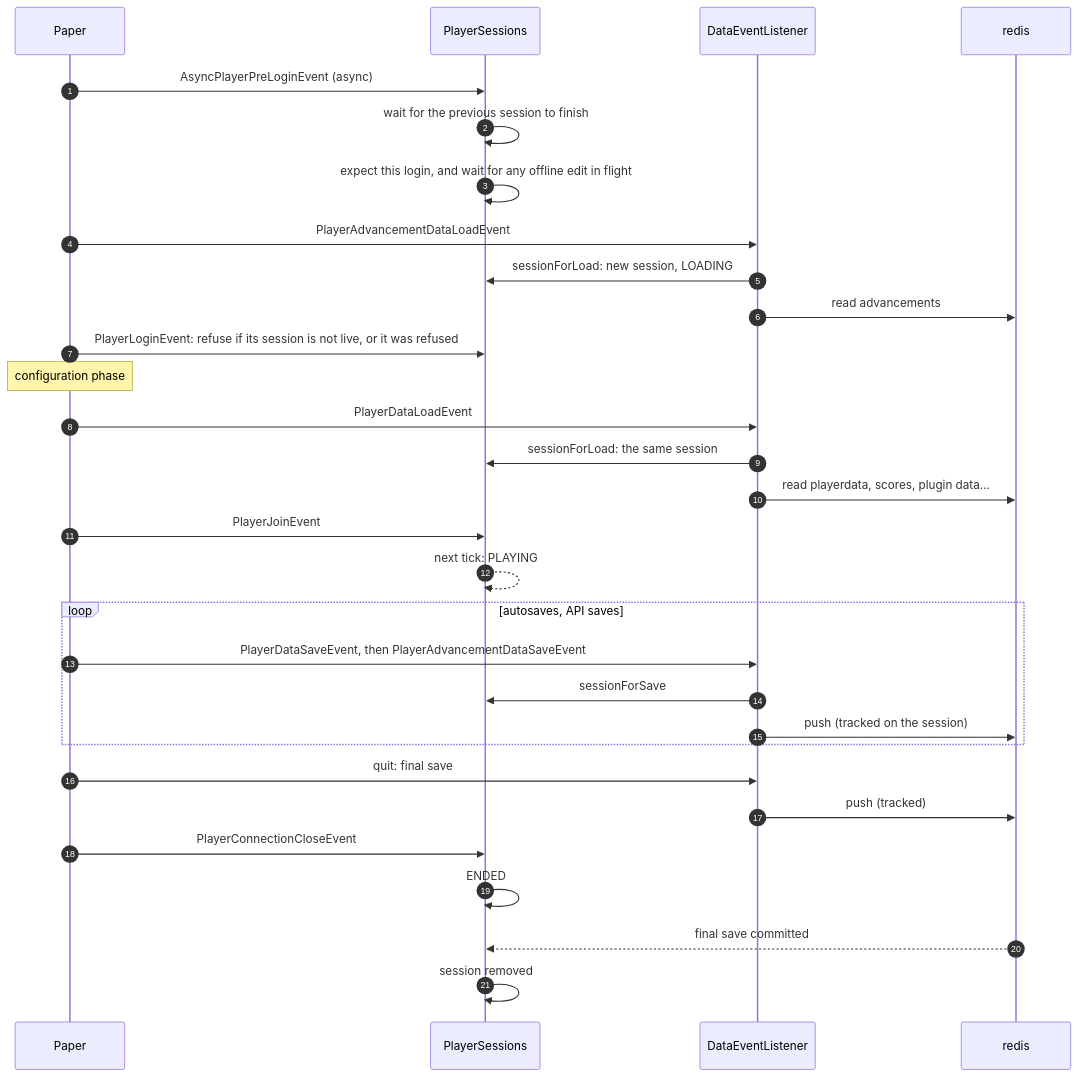
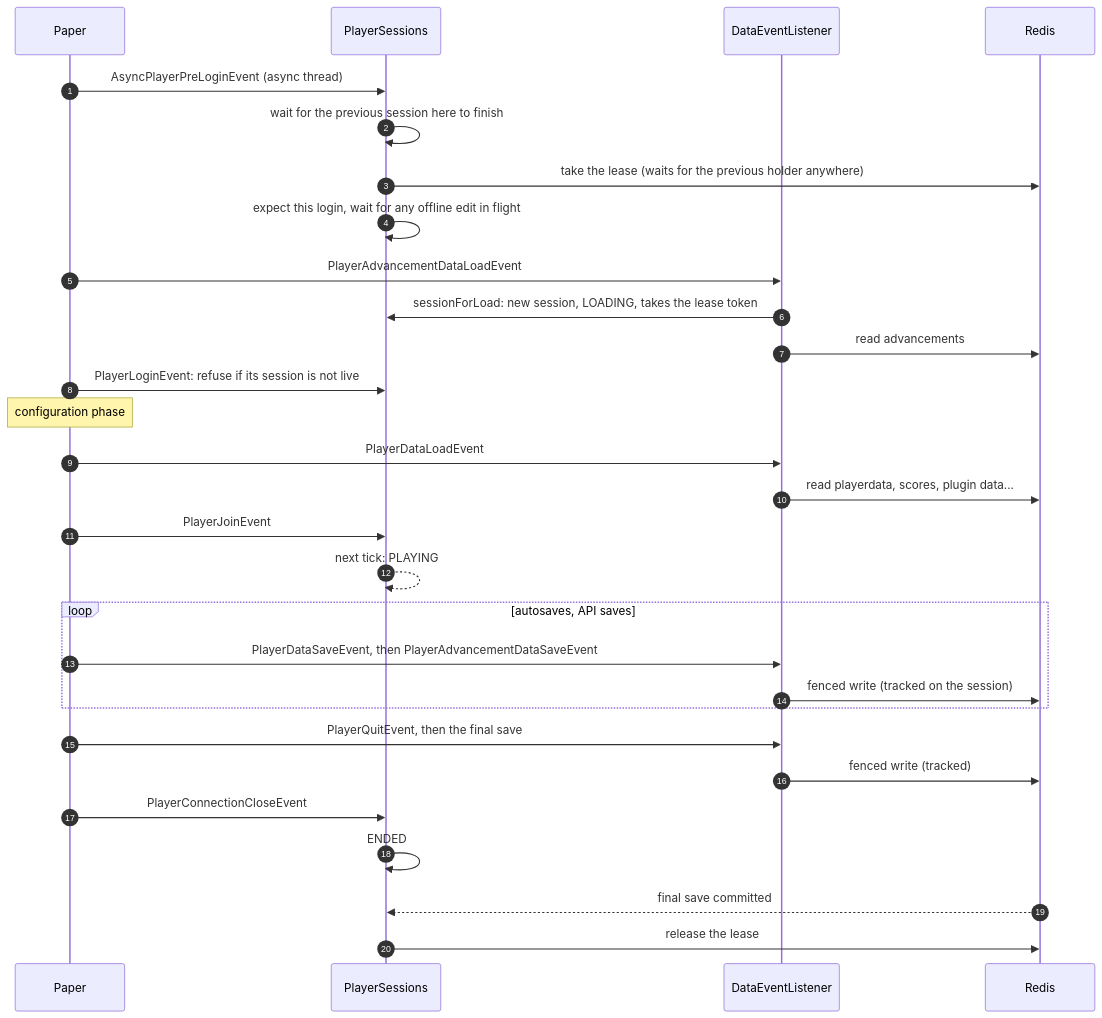
One commit to TeamMonumenta/monumenta-server-management changed the third of 6 diagrams in redis-sync/ARCHITECTURE.md. Above: the diagram before and after it, drawn with Mermaid. The commit also changed other lines of this file and 39 other files, not shown here.

First line of the commit message:
redis-sync: Clean transfers with session leases, proxy-held server switches

````diff
--- a/redis-sync/ARCHITECTURE.md
+++ b/redis-sync/ARCHITECTURE.md
@@ -128,32 +161,31 @@
 ```mermaid
 sequenceDiagram
     autonumber
     participant P as Paper
     participant S as PlayerSessions
     participant D as DataEventListener
-    participant R as redis
-    P->>S: AsyncPlayerPreLoginEvent (async)
-    S->>S: wait for the previous session to finish
-    S->>S: expect this login, and wait for any offline edit in flight
+    participant R as Redis
+    P->>S: AsyncPlayerPreLoginEvent (async thread)
+    S->>S: wait for the previous session here to finish
+    S->>R: take the lease (waits for the previous holder anywhere)
+    S->>S: expect this login, wait for any offline edit in flight
     P->>D: PlayerAdvancementDataLoadEvent
-    D->>S: sessionForLoad: new session, LOADING
+    D->>S: sessionForLoad: new session, LOADING, takes the lease token
     D->>R: read advancements
-    P->>S: PlayerLoginEvent: refuse if its session is not live, or it was refused
+    P->>S: PlayerLoginEvent: refuse if its session is not live
     Note over P: configuration phase
     P->>D: PlayerDataLoadEvent
-    D->>S: sessionForLoad: the same session
     D->>R: read playerdata, scores, plugin data...
     P->>S: PlayerJoinEvent
     S-->>S: next tick: PLAYING
     loop autosaves, API saves
         P->>D: PlayerDataSaveEvent, then PlayerAdvancementDataSaveEvent
-        D->>S: sessionForSave
-        D->>R: push (tracked on the session)
+        D->>R: fenced write (tracked on the session)
     end
-    P->>D: quit: final save
-    D->>R: push (tracked)
+    P->>D: PlayerQuitEvent, then the final save
+    D->>R: fenced write (tracked)
     P->>S: PlayerConnectionCloseEvent
     S->>S: ENDED
     R-->>S: final save committed
-    S->>S: session removed
+    S->>R: release the lease
 ```
````
